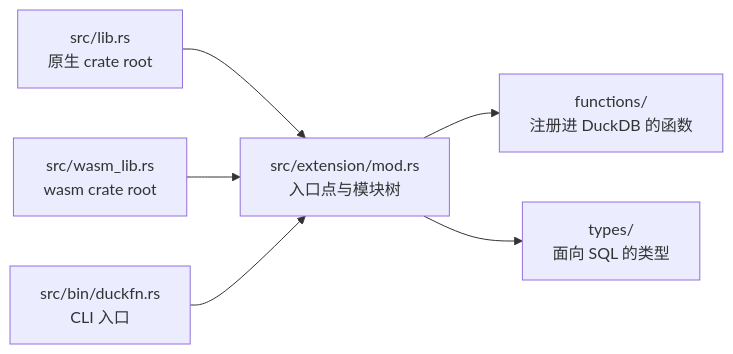
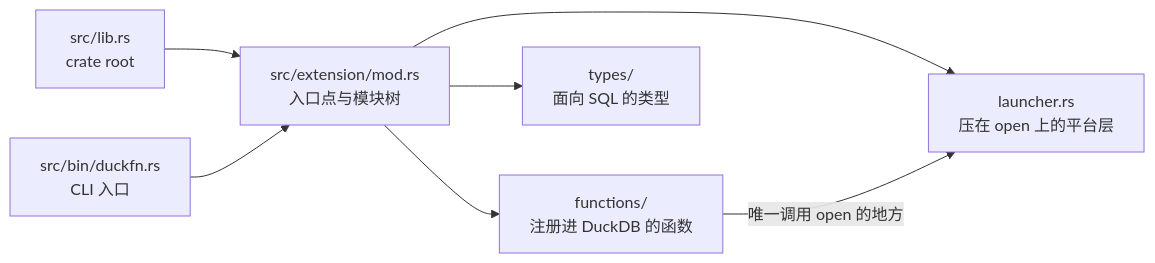
One commit to shijianjs/duckfn-open changed the diagram in docs/i18n/zh-Hans/docusaurus-plugin-content-docs/current/development/project-structure.md. Above: the diagram before and after it, drawn with Mermaid. The commit also changed other lines of this file and 60 other files, not shown here.

First line of the commit message:
feat(duckfn_open): 接入 open crate，并把构建收窄到桌面平台

````diff
--- a/docs/i18n/zh-Hans/docusaurus-plugin-content-docs/current/development/project-structure.md
+++ b/docs/i18n/zh-Hans/docusaurus-plugin-content-docs/current/development/project-structure.md
@@ -38,8 +38,9 @@
 ```mermaid
 flowchart LR
-    native["src/lib.rs<br/>原生 crate root"] --> tree["src/extension/mod.rs<br/>入口点与模块树"]
-    wasm["src/wasm_lib.rs<br/>wasm crate root"] --> tree
+    native["src/lib.rs<br/>crate root"] --> tree["src/extension/mod.rs<br/>入口点与模块树"]
     cli["src/bin/duckfn.rs<br/>CLI 入口"] --> tree
     tree --> functions["functions/<br/>注册进 DuckDB 的函数"]
+    tree --> launcher["launcher.rs<br/>压在 open 上的平台层"]
     tree --> types["types/<br/>面向 SQL 的类型"]
+    functions -->|"唯一调用 open 的地方"| launcher
 ```
````
